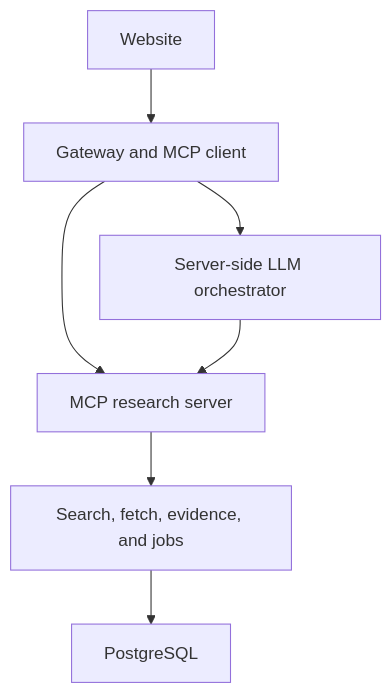
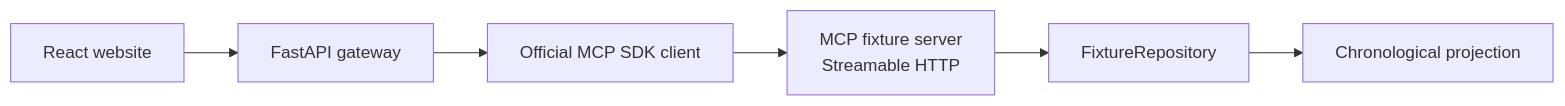
One commit to tuteng11/web-dig changed the diagram in README.md. Above: the diagram before and after it, drawn with Mermaid. The commit also changed other lines of this file and 68 other files, not shown here.

Commit message:
feat: bootstrap news trace with chronological MCP fixture explorer

````diff
--- a/README.md
+++ b/README.md
@@ -39,9 +82,8 @@
 ```mermaid
-flowchart TD
-    UI["Website"] --> GW["Gateway and MCP client"]
-    GW --> MCP["MCP research server"]
-    GW --> LLM["Server-side LLM orchestrator"]
-    LLM --> MCP
-    MCP --> DATA["Search, fetch, evidence, and jobs"]
-    DATA --> DB["PostgreSQL"]
+flowchart LR
+    UI["React website"] --> GW["FastAPI gateway"]
+    GW --> CLIENT["Official MCP SDK client"]
+    CLIENT --> MCP["MCP fixture server<br/>Streamable HTTP"]
+    MCP --> FIX["FixtureRepository"]
+    FIX --> PROJ["Chronological projection"]
 ```
````
